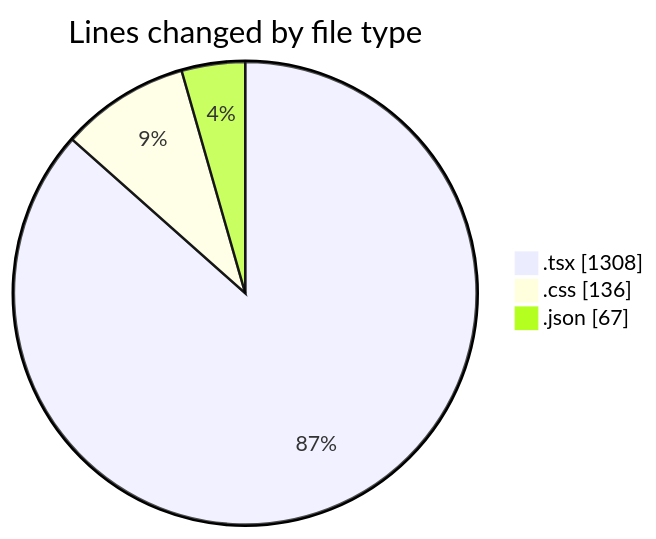
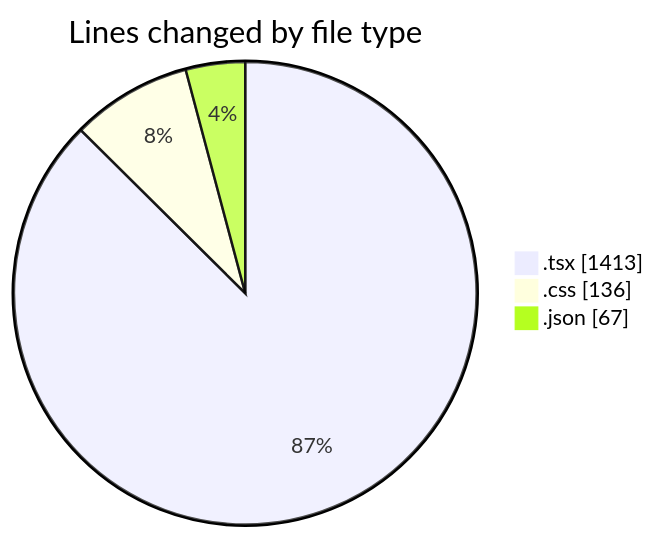
Before and after one commit to robertbonfada/code-tracking: the first of 2 diagrams in 2025-01-08/mbc-web/README.md, drawn with Mermaid. The commit also changed other lines of this file and 1 other file, not shown here.

````diff
--- a/2025-01-08/mbc-web/README.md
+++ b/2025-01-08/mbc-web/README.md
@@ -34,7 +34,7 @@
 ```mermaid
 pie showData
 title Lines changed by file type
-".tsx" : 1308
+".tsx" : 1413
 ".css" : 136
 ".json" : 67
 ```
````
